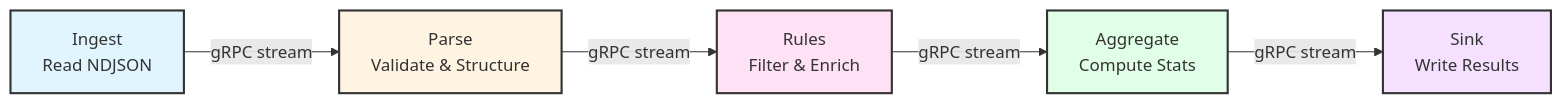
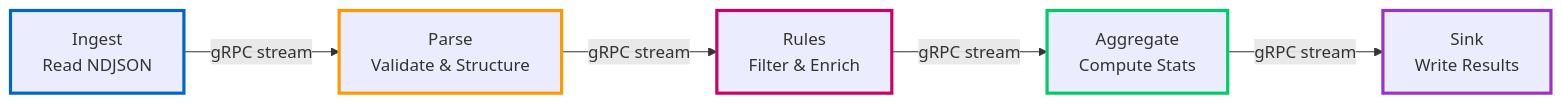
The third of 3 diagrams in docs-site/docs/guide/architecture.md (Michael--/modular-runtime), drawn with Mermaid before and after one commit. The commit also changed other lines of this file and 3 other files, not shown here.

Commit message:
fix(docs): use stroke-only colors for theme compatibility and correct architecture diagram

````diff
--- a/docs-site/docs/guide/architecture.md
+++ b/docs-site/docs/guide/architecture.md
@@ -70,13 +90,13 @@
 ```mermaid
 flowchart LR
     A[Ingest<br/>Read NDJSON] -->|gRPC stream| B[Parse<br/>Validate & Structure]
     B -->|gRPC stream| C[Rules<br/>Filter & Enrich]
     C -->|gRPC stream| D[Aggregate<br/>Compute Stats]
     D -->|gRPC stream| E[Sink<br/>Write Results]
 
-    style A fill:#e1f5ff,stroke:#333,stroke-width:2px
-    style B fill:#fff4e1,stroke:#333,stroke-width:2px
-    style C fill:#ffe1f5,stroke:#333,stroke-width:2px
-    style D fill:#e1ffe8,stroke:#333,stroke-width:2px
-    style E fill:#f5e1ff,stroke:#333,stroke-width:2px
+    style A stroke:#0066cc,stroke-width:3px
+    style B stroke:#ff9900,stroke-width:3px
+    style C stroke:#cc0066,stroke-width:3px
+    style D stroke:#00cc66,stroke-width:3px
+    style E stroke:#9933cc,stroke-width:3px
 ```
````
